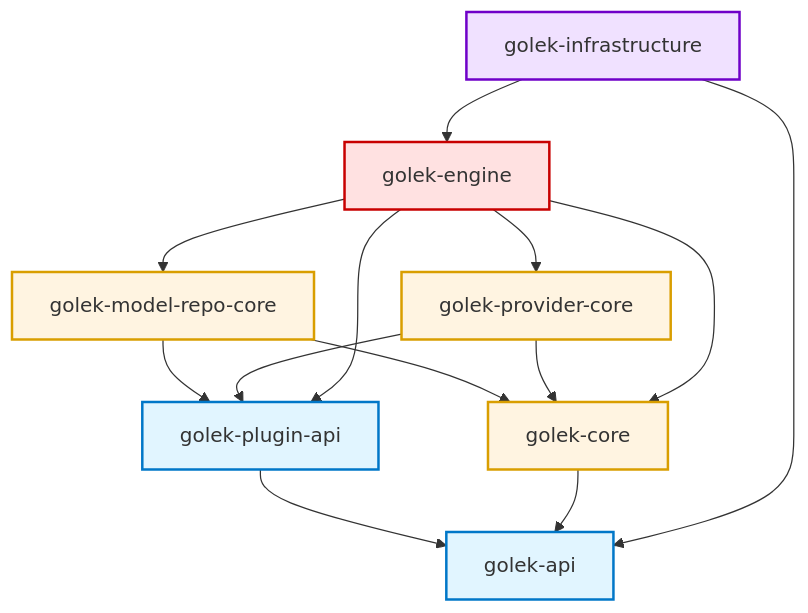
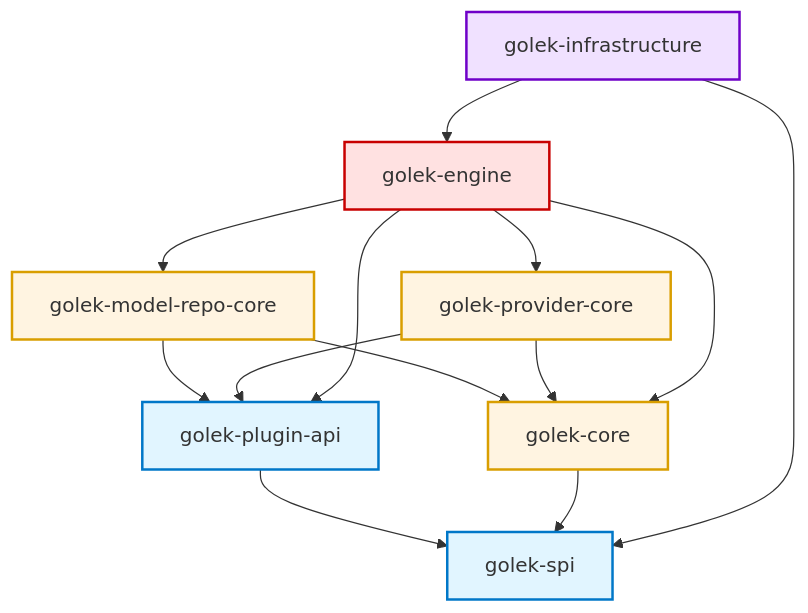
One commit to bhangun/gollek changed the diagram in core/README.md. Above: the diagram before and after it, drawn with Mermaid. The commit also changed other lines of this file and 505 other files, not shown here.

````diff
--- a/core/README.md
+++ b/core/README.md
@@ -84,38 +79,38 @@
 ```mermaid
 graph TD
-    A[golek-api] 
+    A[golek-spi] 
     B[golek-plugin-api]
     C[golek-core]
     D[golek-model-repo-core]
     E[golek-provider-core]
     F[golek-engine]
     G[golek-infrastructure]
 
     %% Tier 1: Base Contracts
     B --> A
     C --> A
     
     %% Tier 2: Domain Logic & SPIs
     D --> C
     D --> B
     E --> C
     E --> B
 
     %% Tier 3: Core Implementation (Engine)
     F --> D
     F --> E
     F --> C
     F --> B
 
     %% Tier 4: Infrastructure & Integration
     G --> F
     G --> A
     
     style A fill:#e1f5ff,stroke:#0077c8,stroke-width:2px
     style B fill:#e1f5ff,stroke:#0077c8,stroke-width:2px
     style C fill:#fff4e1,stroke:#d99e00,stroke-width:2px
     style D fill:#fff4e1,stroke:#d99e00,stroke-width:2px
     style E fill:#fff4e1,stroke:#d99e00,stroke-width:2px
     style F fill:#ffe1e1,stroke:#c80000,stroke-width:2px
     style G fill:#f0e1ff,stroke:#6f00c8,stroke-width:2px
 ```
````
